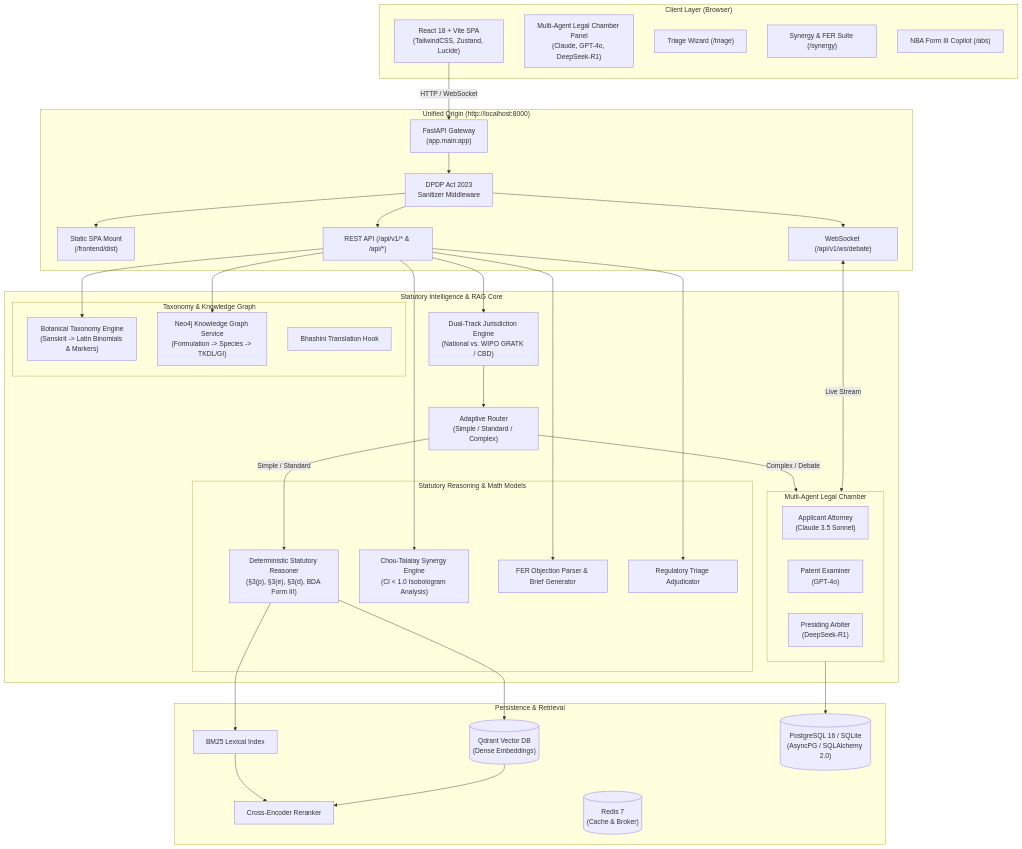
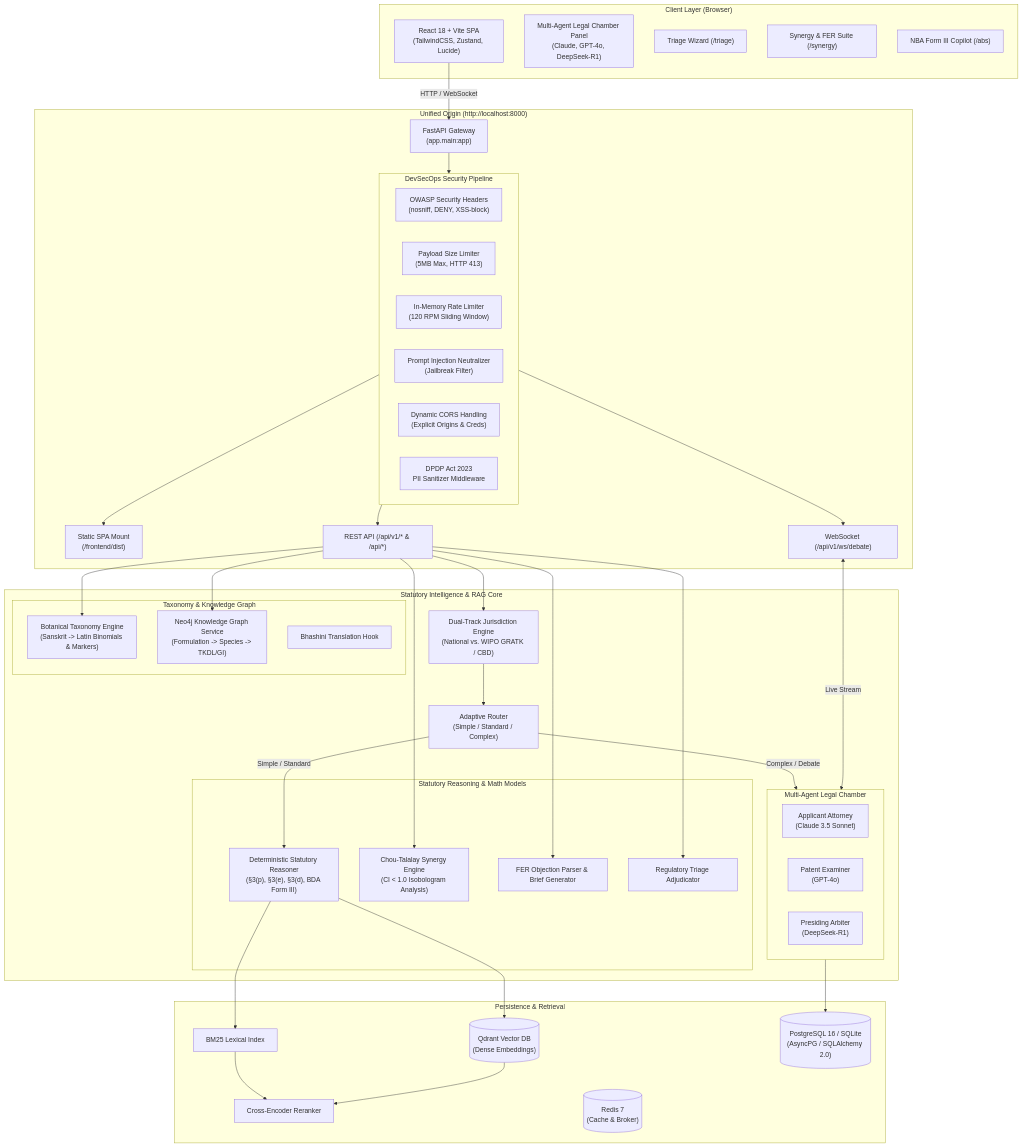
The diagram in README.md (NikhilBhaskarM/Ayur-Lex-AI), drawn with Mermaid before and after one commit. The commit also changed other lines of this file, not shown here.

Commit message:
docs(readme): document DevSecOps security hardening architecture, verification suite, and multi-layer defenses

````diff
--- a/README.md
+++ b/README.md
@@ -35,73 +37,82 @@
 ```mermaid
 flowchart TB
     subgraph Client ["Client Layer (Browser)"]
         UI["React 18 + Vite SPA<br/>(TailwindCSS, Zustand, Lucide)"]
         Panel["Multi-Agent Legal Chamber Panel<br/>(Claude, GPT-4o, DeepSeek-R1)"]
         TriageUI["Triage Wizard (/triage)"]
         SynergyUI["Synergy & FER Suite (/synergy)"]
         ABSUI["NBA Form III Copilot (/abs)"]
     end
 
     subgraph Origin ["Unified Origin (http://localhost:8000)"]
         FastAPI["FastAPI Gateway<br/>(app.main:app)"]
+        
+        subgraph SecurityPipeline ["DevSecOps Security Pipeline"]
+            SecHeaders["OWASP Security Headers<br/>(nosniff, DENY, XSS-block)"]
+            PayloadLimit["Payload Size Limiter<br/>(5MB Max, HTTP 413)"]
+            RateLimiter["In-Memory Rate Limiter<br/>(120 RPM Sliding Window)"]
+            PromptSanitizer["Prompt Injection Neutralizer<br/>(Jailbreak Filter)"]
+            CORSMiddleware["Dynamic CORS Handling<br/>(Explicit Origins & Creds)"]
+            DPDPMiddleware["DPDP Act 2023<br/>PII Sanitizer Middleware"]
+        end
+
         StaticSPA["Static SPA Mount<br/>(/frontend/dist)"]
         APIRoutes["REST API (/api/v1/* & /api/*)"]
         WSRoutes["WebSocket (/api/v1/ws/debate)"]
-        DPDPMiddleware["DPDP Act 2023<br/>Sanitizer Middleware"]
     end
 
     subgraph Intelligence ["Statutory Intelligence & RAG Core"]
         Router["Adaptive Router<br/>(Simple / Standard / Complex)"]
         JurisdictionEngine["Dual-Track Jurisdiction Engine<br/>(National vs. WIPO GRATK / CBD)"]
         
         subgraph ReasoningEngine ["Statutory Reasoning & Math Models"]
             StatutoryReasoner["Deterministic Statutory Reasoner<br/>(§3(p), §3(e), §3(d), BDA Form III)"]
             SynergyCalc["Chou-Talalay Synergy Engine<br/>(CI < 1.0 Isobologram Analysis)"]
             FERParser["FER Objection Parser & Brief Generator"]
             TriageEngine["Regulatory Triage Adjudicator"]
         end
 
         subgraph KnowledgeTaxonomy ["Taxonomy & Knowledge Graph"]
             Taxonomy["Botanical Taxonomy Engine<br/>(Sanskrit -> Latin Binomials & Markers)"]
             GraphService["Neo4j Knowledge Graph Service<br/>(Formulation -> Species -> TKDL/GI)"]
             Bhashini["Bhashini Translation Hook"]
         end
 
         subgraph MultiLLM ["Multi-Agent Legal Chamber"]
             Applicant["Applicant Attorney<br/>(Claude 3.5 Sonnet)"]
             Examiner["Patent Examiner<br/>(GPT-4o)"]
             Arbiter["Presiding Arbiter<br/>(DeepSeek-R1)"]
         end
     end
 
     subgraph Storage ["Persistence & Retrieval"]
         Qdrant[("Qdrant Vector DB<br/>(Dense Embeddings)")]
         BM25["BM25 Lexical Index"]
         Reranker["Cross-Encoder Reranker"]
         Postgres[("PostgreSQL 16 / SQLite<br/>(AsyncPG / SQLAlchemy 2.0)")]
         Redis[("Redis 7<br/>(Cache & Broker)")]
     end
 
     UI -->|"HTTP / WebSocket"| FastAPI
-    FastAPI --> DPDPMiddleware
-    DPDPMiddleware --> StaticSPA
-    DPDPMiddleware --> APIRoutes
-    DPDPMiddleware --> WSRoutes
+    FastAPI --> SecurityPipeline
+    SecurityPipeline --> StaticSPA
+    SecurityPipeline --> APIRoutes
+    SecurityPipeline --> WSRoutes
 
     APIRoutes --> JurisdictionEngine
     JurisdictionEngine --> Router
 
     Router -->|"Simple / Standard"| StatutoryReasoner
     Router -->|"Complex / Debate"| MultiLLM
     
     APIRoutes --> TriageEngine
     APIRoutes --> SynergyCalc
     APIRoutes --> FERParser
     APIRoutes --> Taxonomy & GraphService
 
     StatutoryReasoner --> BM25 & Qdrant
     BM25 & Qdrant --> Reranker
 
     WSRoutes <-->|"Live Stream"| MultiLLM
     MultiLLM --> Postgres
 ```
````
